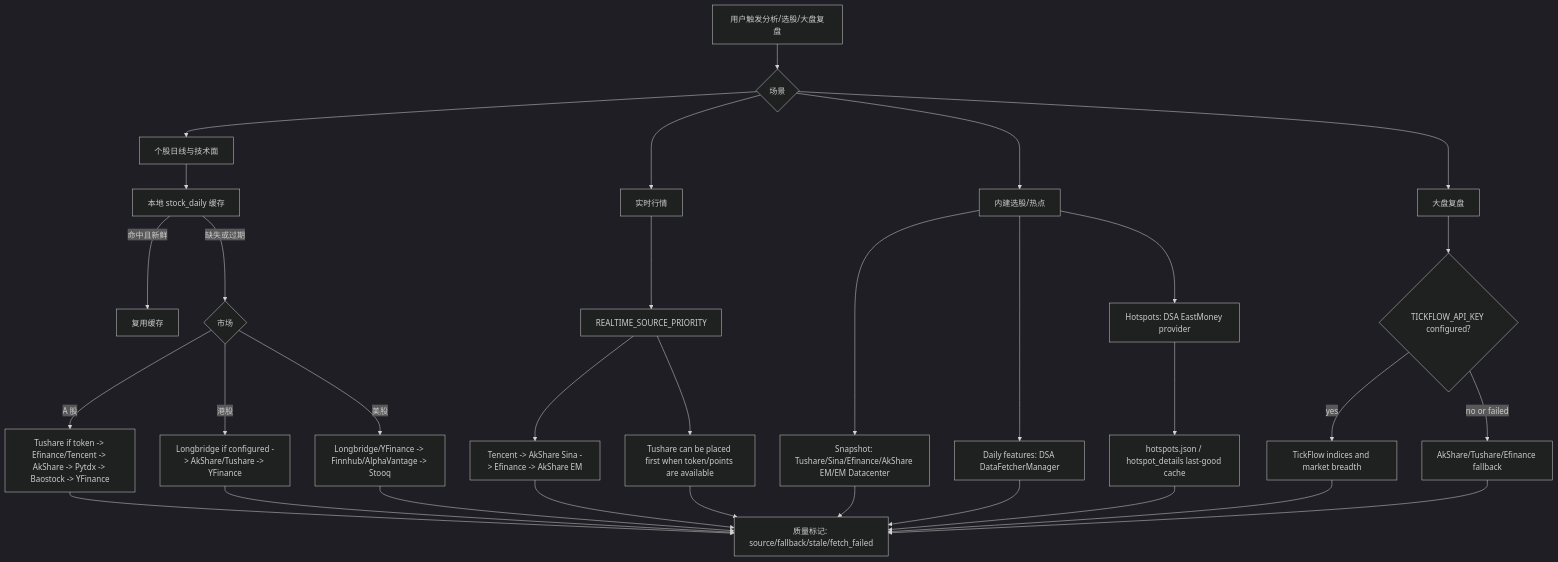
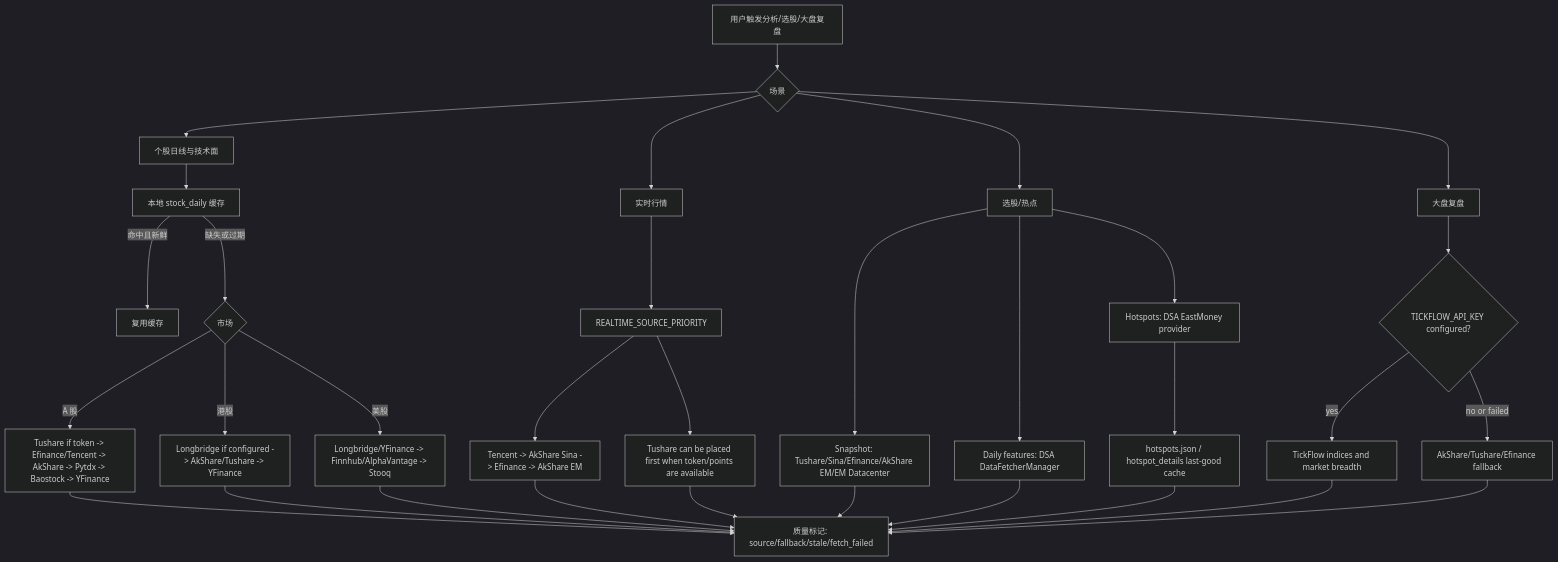
One commit to fmaresca/daily_stock_analysis changed the first of 3 diagrams in docs/data-source-stability.md. Above: the diagram before and after it, drawn with Mermaid (dark theme). The commit also changed other lines of this file and 41 other files, not shown here.

````diff
--- a/docs/data-source-stability.md
+++ b/docs/data-source-stability.md
@@ -30,40 +30,40 @@
 ```mermaid
 flowchart TD
     Q[用户触发分析/选股/大盘复盘] --> S{场景}
 
     S --> D[个股日线与技术面]
     S --> R[实时行情]
-    S --> A[内建选股/热点]
+    S --> A[选股/热点]
     S --> M[大盘复盘]
 
     D --> C[本地 stock_daily 缓存]
     C -->|命中且新鲜| COK[复用缓存]
     C -->|缺失或过期| DM{市场}
     DM -->|A 股| CN[Tushare if token -> Efinance/Tencent -> AkShare -> Pytdx -> Baostock -> YFinance]
     DM -->|港股| HK[Longbridge if configured -> AkShare/Tushare -> YFinance]
     DM -->|美股| US[Longbridge/YFinance -> Finnhub/AlphaVantage -> Stooq]
 
     R --> RP[REALTIME_SOURCE_PRIORITY]
     RP --> RS[Tencent -> AkShare Sina -> Efinance -> AkShare EM]
     RP --> RT[Tushare can be placed first when token/points are available]
 
     A --> AS[Snapshot: Tushare/Sina/Efinance/AkShare EM/EM Datacenter]
     A --> AD[Daily features: DSA DataFetcherManager]
     A --> AH[Hotspots: DSA EastMoney provider]
     AH --> AC[hotspots.json / hotspot_details last-good cache]
 
     M --> TF{TICKFLOW_API_KEY configured?}
     TF -->|yes| TFM[TickFlow indices and market breadth]
     TF -->|no or failed| MF[AkShare/Tushare/Efinance fallback]
 
     CN --> QL[质量标记: source/fallback/stale/fetch_failed]
     HK --> QL
     US --> QL
     RS --> QL
     RT --> QL
     AS --> QL
     AD --> QL
     AC --> QL
     TFM --> QL
     MF --> QL
 ```
````
